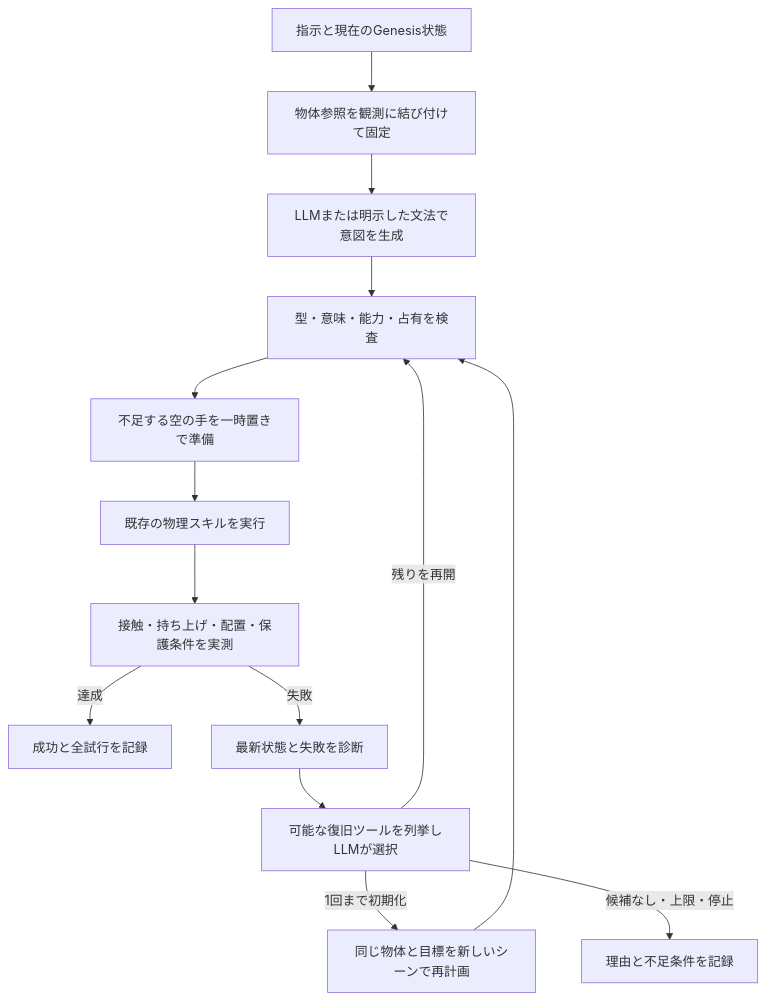
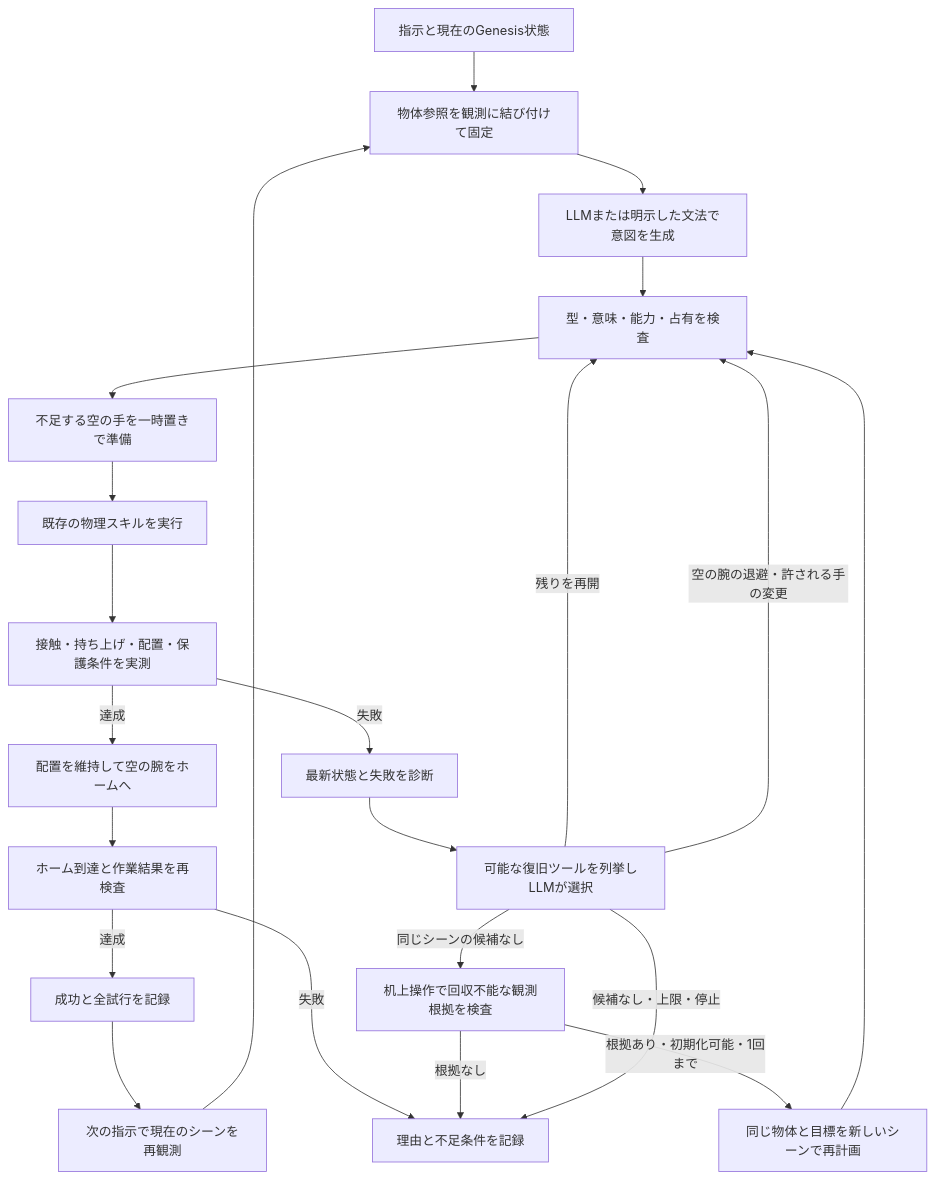
One commit to syun88/Sim-Agent changed the diagram in docs/TASK_AGENT.md. Above: the diagram before and after it, drawn with Mermaid. The commit also changed other lines of this file and 19 other files, not shown here.

````diff
--- a/docs/TASK_AGENT.md
+++ b/docs/TASK_AGENT.md
@@ -6,16 +6,24 @@
 ```mermaid
 flowchart TD
   I[指示と現在のGenesis状態] --> B[物体参照を観測に結び付けて固定]
   B --> P[LLMまたは明示した文法で意図を生成]
   P --> C[型・意味・能力・占有を検査]
   C --> Q[不足する空の手を一時置きで準備]
   Q --> E[既存の物理スキルを実行]
   E --> V[接触・持ち上げ・配置・保護条件を実測]
-  V -->|達成| S[成功と全試行を記録]
+  V -->|達成| H[配置を維持して空の腕をホームへ]
+  H --> K[ホーム到達と作業結果を再検査]
+  K -->|達成| S[成功と全試行を記録]
+  S --> N[次の指示で現在のシーンを再観測]
+  N --> B
+  K -->|失敗| F[配置と理由を残して停止]
   V -->|失敗| D[最新状態と失敗を診断]
   D --> A[可能な復旧ツールを列挙しLLMが選択]
   A -->|残りを再開| C
-  A -->|1回まで初期化| R[同じ物体と目標を新しいシーンで再計画]
+  A -->|空の腕の退避・許される手の変更| C
+  A -->|同じシーンの候補なし| G[机上操作で回収不能な観測根拠を検査]
+  G -->|根拠あり・初期化可能・1回まで| R[同じ物体と目標を新しいシーンで再計画]
+  G -->|根拠なし| F
   R --> C
   A -->|候補なし・上限・停止| F[理由と不足条件を記録]
 ```
````
